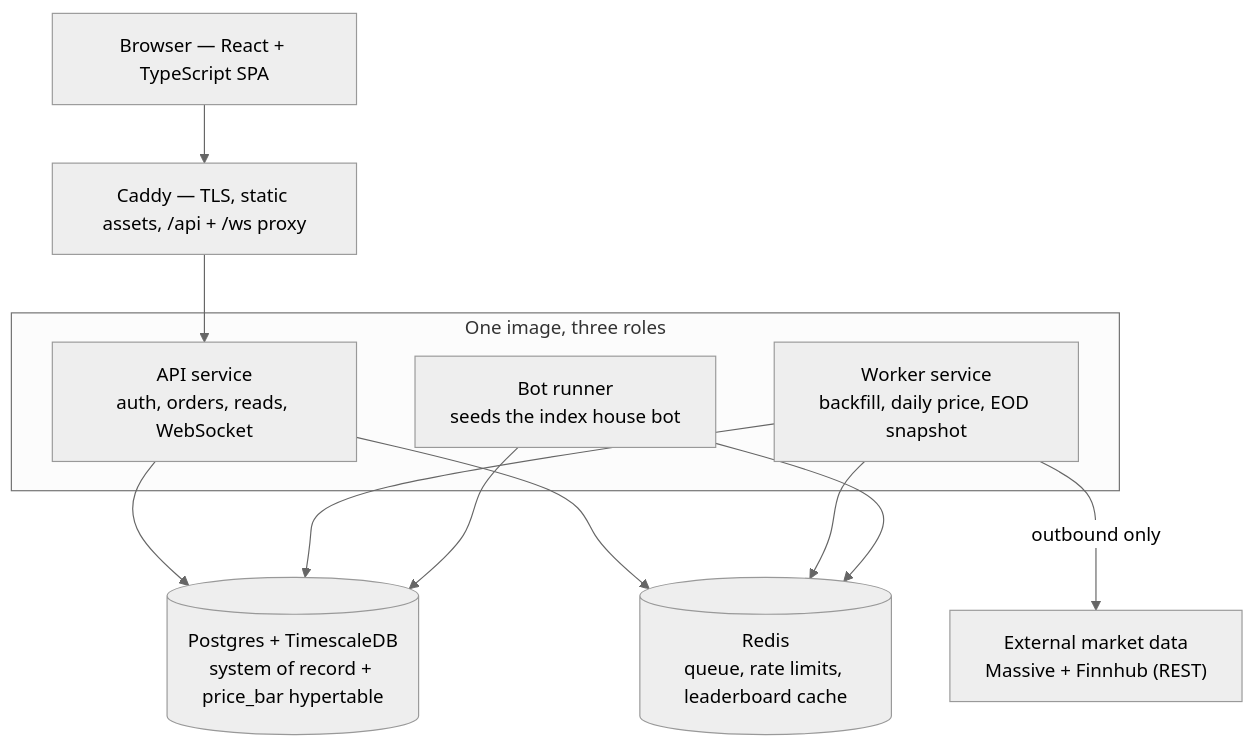
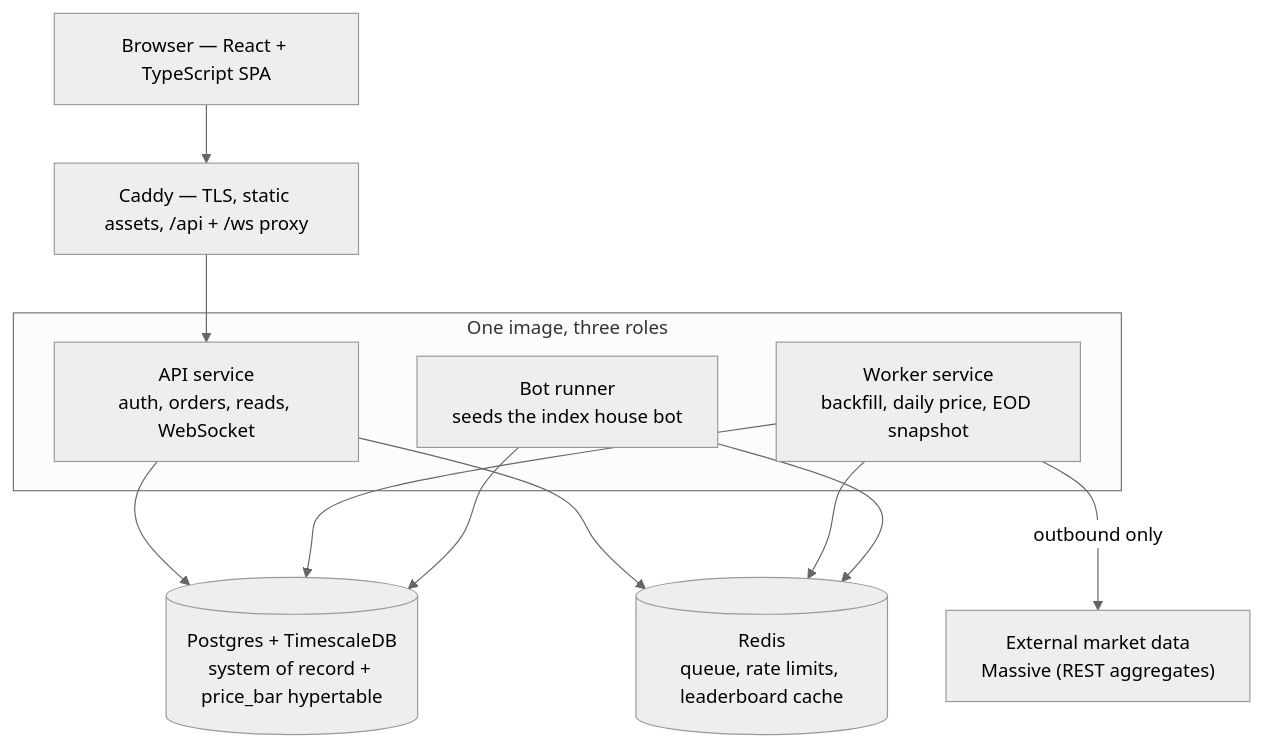
Before and after one commit to kgheacock/tickr: the diagram in README.md, drawn with Mermaid (neutral theme). The commit also changed other lines of this file and 32 other files, not shown here.

First line of the commit message:
Configurable bar granularity (default 15-min); Massive replaces Finnhub

````diff
--- a/README.md
+++ b/README.md
@@ -17,29 +17,29 @@
 ```mermaid
 flowchart TD
     Browser["Browser — React + TypeScript SPA"]
     Caddy["Caddy — TLS, static assets, /api + /ws proxy"]
 
     API["API service<br/>auth, orders, reads, WebSocket"]
     Worker["Worker service<br/>backfill, daily price, EOD snapshot"]
     Bot["Bot runner<br/>seeds the index house bot"]
 
     PG[("Postgres + TimescaleDB<br/>system of record + price_bar hypertable")]
     Redis[("Redis<br/>queue, rate limits, leaderboard cache")]
-    Market["External market data<br/>Massive + Finnhub (REST)"]
+    Market["External market data<br/>Massive (REST aggregates)"]
 
     Browser --> Caddy
     Caddy --> API
     API --> PG
     API --> Redis
     Worker --> PG
     Worker --> Redis
     Worker -->|outbound only| Market
     Bot --> PG
     Bot --> Redis
 
     subgraph image["One image, three roles"]
         API
         Worker
         Bot
     end
 ```
````
